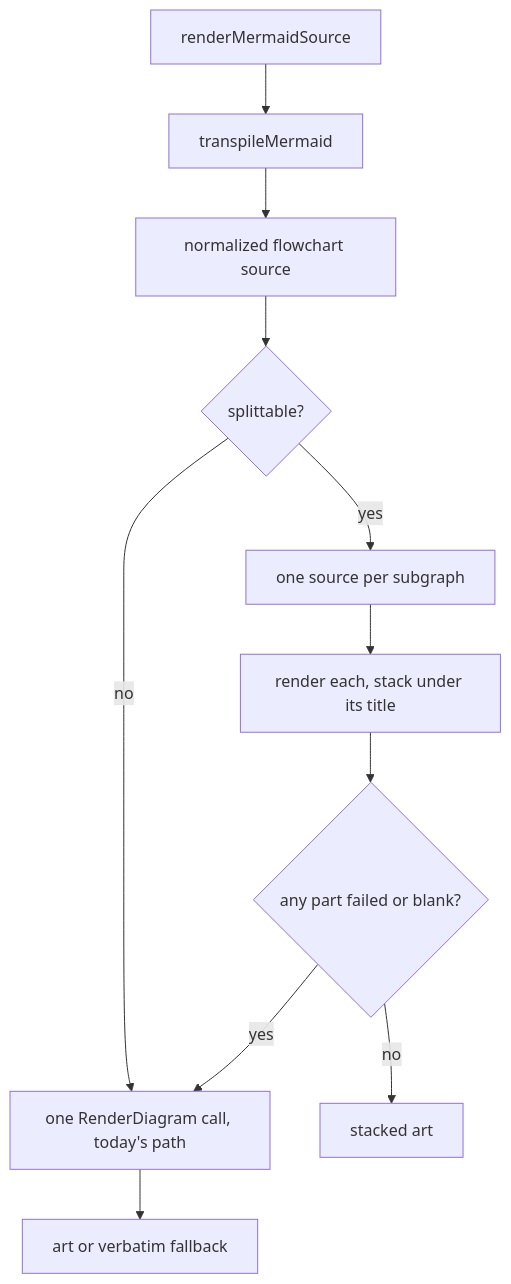
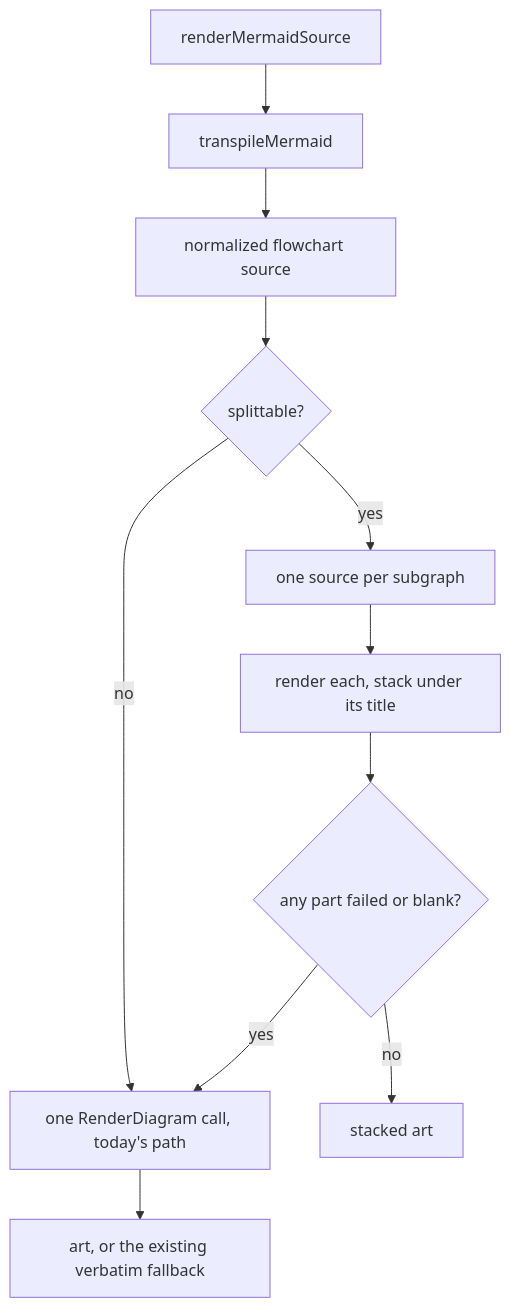
The diagram in docs/plans/20260801-preview-subgraph-split.md (p4elkin/revdiff), drawn with Mermaid before and after one commit. The commit also changed other lines of this file, not shown here.

````diff
--- a/docs/plans/20260801-preview-subgraph-split.md
+++ b/docs/plans/20260801-preview-subgraph-split.md
@@ -61,13 +74,13 @@
 ```mermaid
 flowchart TD
     A[renderMermaidSource] --> B[transpileMermaid]
     B --> C[normalized flowchart source]
     C --> D{splittable?}
     D -->|no| E[one RenderDiagram call, today's path]
     D -->|yes| F[one source per subgraph]
     F --> G[render each, stack under its title]
     G --> H{any part failed or blank?}
     H -->|yes| E
     H -->|no| I[stacked art]
-    E --> J[art or verbatim fallback]
+    E --> J[art, or the existing verbatim fallback]
 ```
````
